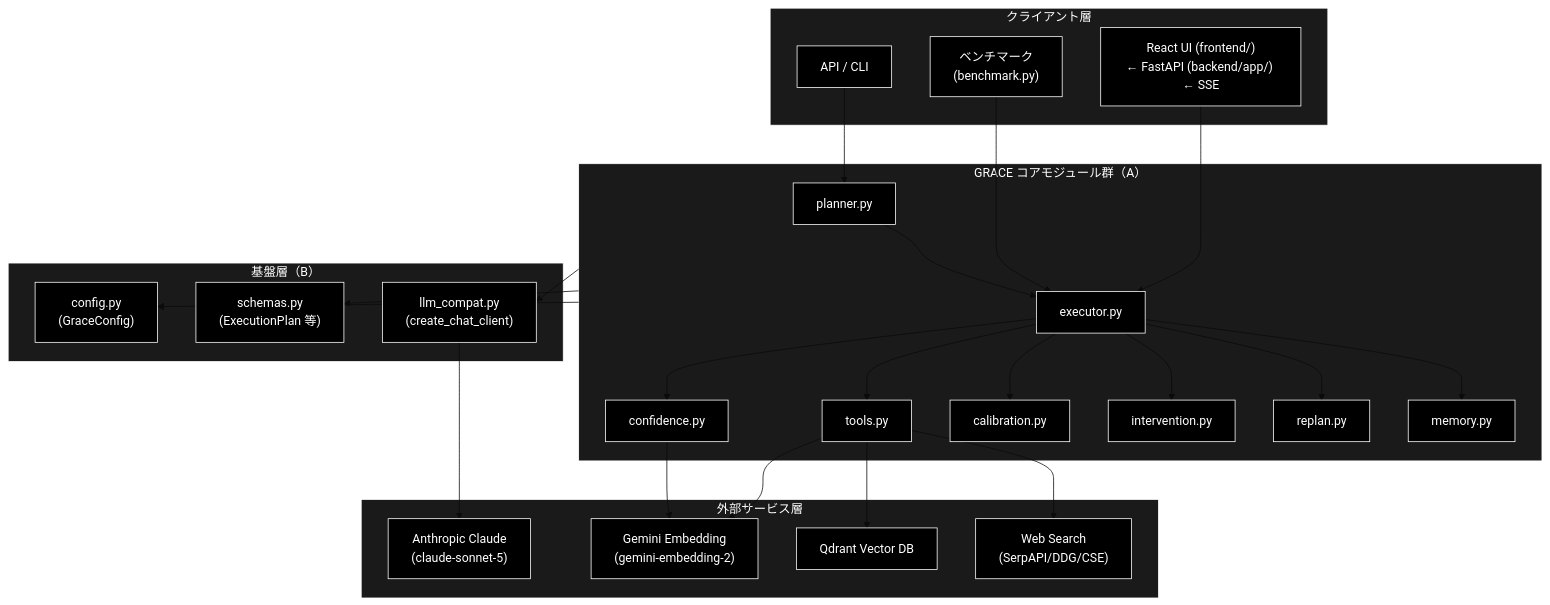
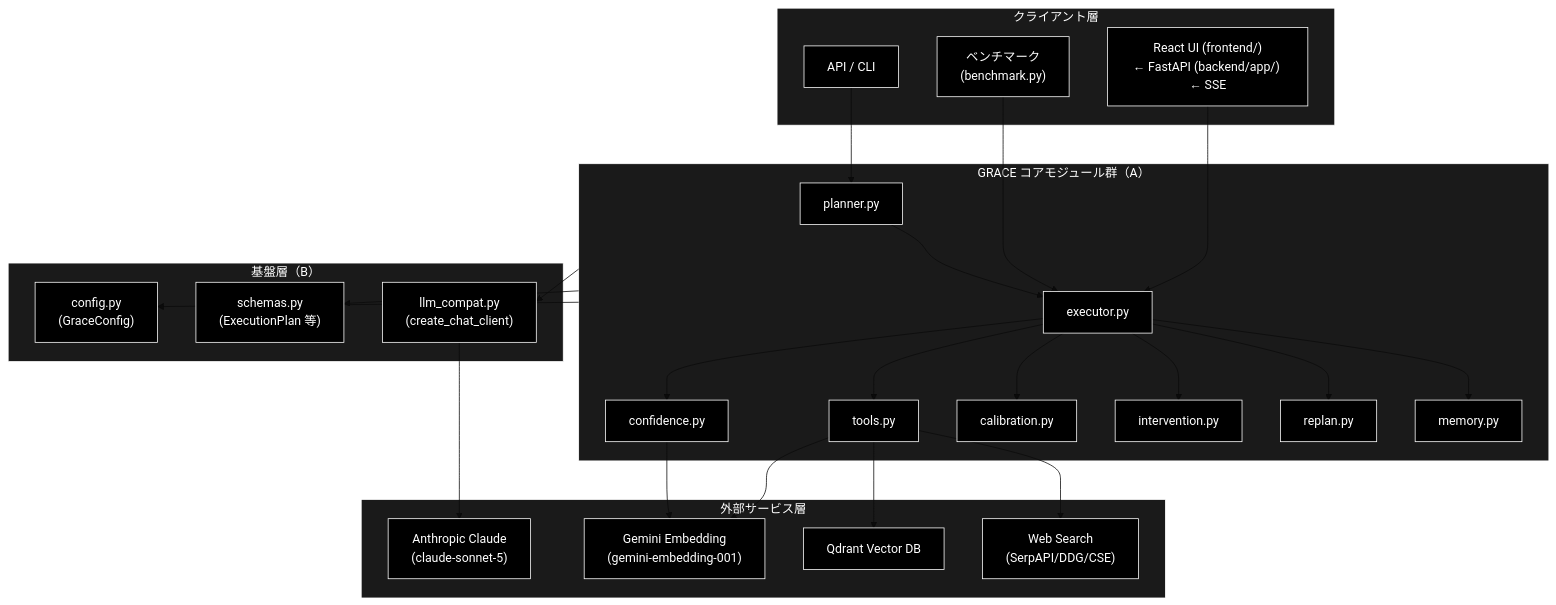
The second of 7 diagrams in grace/docs/grace_core.md (nakashima2toshio/grace_v2), drawn with Mermaid (base theme) before and after one commit. The commit also changed other lines of this file and 56 other files, not shown here.

First line of the commit message:
revert: Embedding を gemini-embedding-001 に戻す（Qdrant の再登録を不要にする）

````diff
--- a/grace/docs/grace_core.md
+++ b/grace/docs/grace_core.md
@@ -150,60 +150,60 @@
 ```mermaid
 flowchart TB
     subgraph CLIENT["クライアント層"]
         UI["React UI (frontend/)<br>← FastAPI (backend/app/) ← SSE"]
         BENCH["ベンチマーク<br>(benchmark.py)"]
         API["API / CLI"]
     end
 
     subgraph CORE["GRACE コアモジュール群（A）"]
         PLANNER["planner.py"]
         EXECUTOR["executor.py"]
         TOOLS["tools.py"]
         CONFIDENCE["confidence.py"]
         CALIBRATION["calibration.py"]
         INTERVENTION["intervention.py"]
         REPLAN["replan.py"]
         MEMORY["memory.py"]
     end
 
     subgraph FOUND["基盤層（B）"]
         CONFIG["config.py<br>(GraceConfig)"]
         SCHEMAS["schemas.py<br>(ExecutionPlan 等)"]
         LLMCOMPAT["llm_compat.py<br>(create_chat_client)"]
     end
 
     subgraph EXTERNAL["外部サービス層"]
         ANTHROPIC["Anthropic Claude<br>(claude-sonnet-5)"]
-        GEMINI["Gemini Embedding<br>(gemini-embedding-2)"]
+        GEMINI["Gemini Embedding<br>(gemini-embedding-001)"]
         QDRANT["Qdrant Vector DB"]
         WEB["Web Search<br>(SerpAPI/DDG/CSE)"]
     end
 
     UI --> EXECUTOR
     BENCH --> EXECUTOR
     API --> PLANNER
     PLANNER --> EXECUTOR
     EXECUTOR --> TOOLS
     EXECUTOR --> CONFIDENCE
     EXECUTOR --> CALIBRATION
     EXECUTOR --> INTERVENTION
     EXECUTOR --> REPLAN
     EXECUTOR --> MEMORY
 
     CORE --> CONFIG
     CORE --> SCHEMAS
     CORE --> LLMCOMPAT
 
     LLMCOMPAT --> ANTHROPIC
     TOOLS --> GEMINI
     CONFIDENCE --> GEMINI
     TOOLS --> QDRANT
     TOOLS --> WEB
 classDef default fill:#000,stroke:#fff,color:#fff
 classDef subgraphStyle fill:#1a1a1a,stroke:#fff,color:#fff
 class UI,BENCH,API,PLANNER,EXECUTOR,TOOLS,CONFIDENCE,CALIBRATION,INTERVENTION,REPLAN,MEMORY,CONFIG,SCHEMAS,LLMCOMPAT,ANTHROPIC,GEMINI,QDRANT,WEB default
 style CLIENT fill:#1a1a1a,stroke:#fff,color:#fff
 style CORE fill:#1a1a1a,stroke:#fff,color:#fff
 style FOUND fill:#1a1a1a,stroke:#fff,color:#fff
 style EXTERNAL fill:#1a1a1a,stroke:#fff,color:#fff
 ```
````
